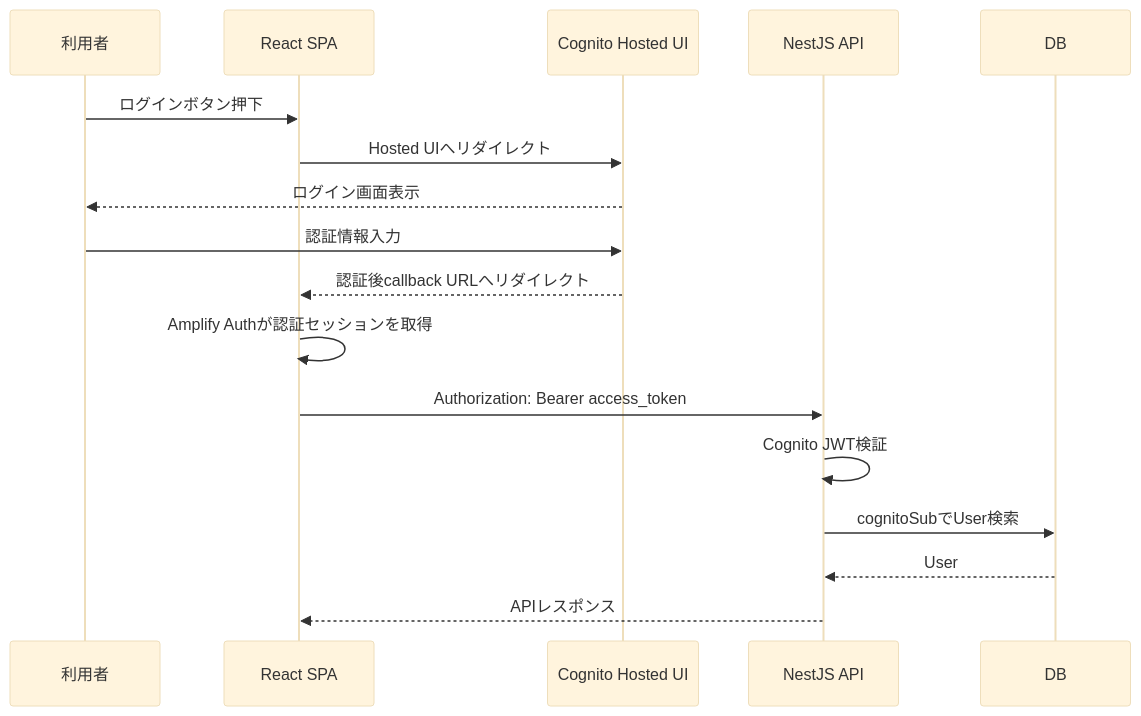
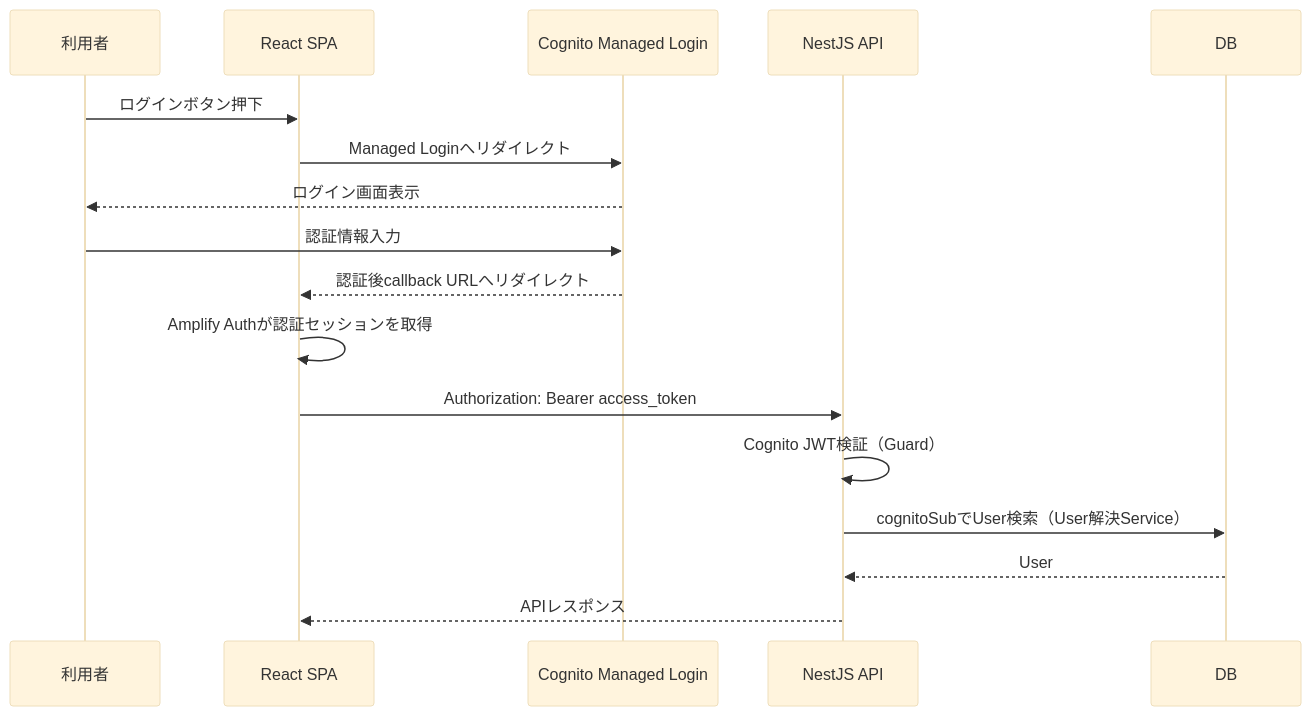
One commit to itakuradev/daily-health-tracker changed the first of 5 diagrams in docs/04-auth-design.md. Above: the diagram before and after it, drawn with Mermaid (base theme). The commit also changed other lines of this file and 7 other files, not shown here.

First line of the commit message:
docs: unify Cognito Managed Login terminology across design docs

````diff
--- a/docs/04-auth-design.md
+++ b/docs/04-auth-design.md
@@ -116,20 +130,20 @@
 ```mermaid
 sequenceDiagram
   participant User as 利用者
   participant FE as React SPA
-  participant Cognito as Cognito Hosted UI
+  participant Cognito as Cognito Managed Login
   participant BE as NestJS API
   participant DB as DB
 
   User->>FE: ログインボタン押下
-  FE->>Cognito: Hosted UIへリダイレクト
+  FE->>Cognito: Managed Loginへリダイレクト
   Cognito-->>User: ログイン画面表示
   User->>Cognito: 認証情報入力
   Cognito-->>FE: 認証後callback URLへリダイレクト
   FE->>FE: Amplify Authが認証セッションを取得
   FE->>BE: Authorization: Bearer access_token
-  BE->>BE: Cognito JWT検証
-  BE->>DB: cognitoSubでUser検索
+  BE->>BE: Cognito JWT検証（Guard）
+  BE->>DB: cognitoSubでUser検索（User解決Service）
   DB-->>BE: User
   BE-->>FE: APIレスポンス
 ```
````
